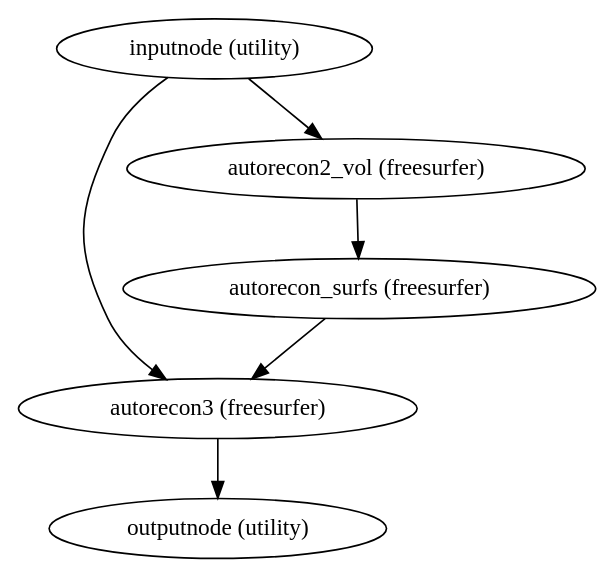
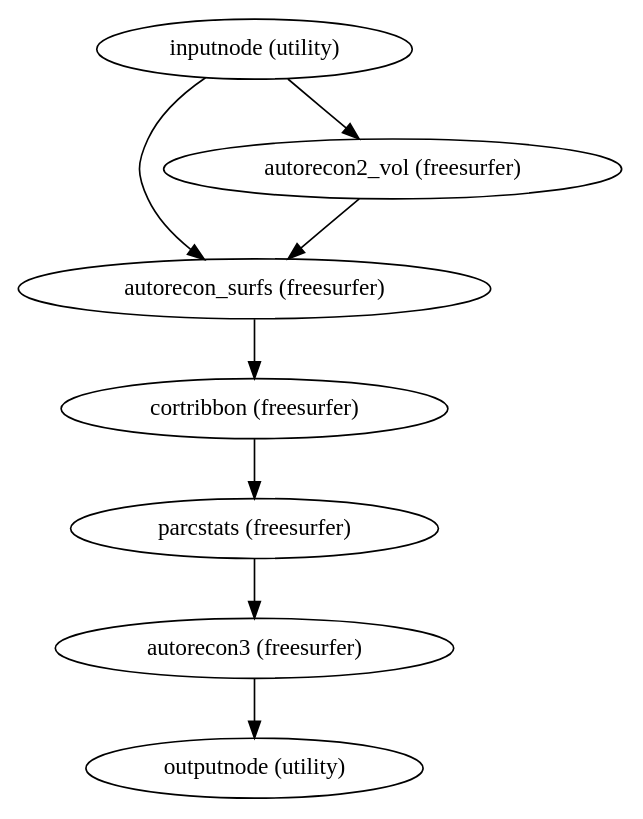
The diagram in master/wf_directive/api/autorecon_resume_wf/smriprep-workflows-surfaces-4.dot (nuKs/smriprep), drawn with Graphviz before and after one commit. The commit also changed 561 other files, not shown here.

```diff
--- a/master/wf_directive/api/autorecon_resume_wf/smriprep-workflows-surfaces-4.dot
+++ b/master/wf_directive/api/autorecon_resume_wf/smriprep-workflows-surfaces-4.dot
@@ -1,12 +1,16 @@
 strict digraph  {
 "inputnode (utility)";
+"autorecon_surfs (freesurfer)";
+"autorecon2_vol (freesurfer)";
+"cortribbon (freesurfer)";
+"parcstats (freesurfer)";
 "autorecon3 (freesurfer)";
-"autorecon2_vol (freesurfer)";
 "outputnode (utility)";
-"autorecon_surfs (freesurfer)";
-"inputnode (utility)" -> "autorecon3 (freesurfer)";
+"inputnode (utility)" -> "autorecon_surfs (freesurfer)";
 "inputnode (utility)" -> "autorecon2_vol (freesurfer)";
+"autorecon_surfs (freesurfer)" -> "cortribbon (freesurfer)";
+"autorecon2_vol (freesurfer)" -> "autorecon_surfs (freesurfer)";
+"cortribbon (freesurfer)" -> "parcstats (freesurfer)";
+"parcstats (freesurfer)" -> "autorecon3 (freesurfer)";
 "autorecon3 (freesurfer)" -> "outputnode (utility)";
-"autorecon2_vol (freesurfer)" -> "autorecon_surfs (freesurfer)";
-"autorecon_surfs (freesurfer)" -> "autorecon3 (freesurfer)";
 }
```
